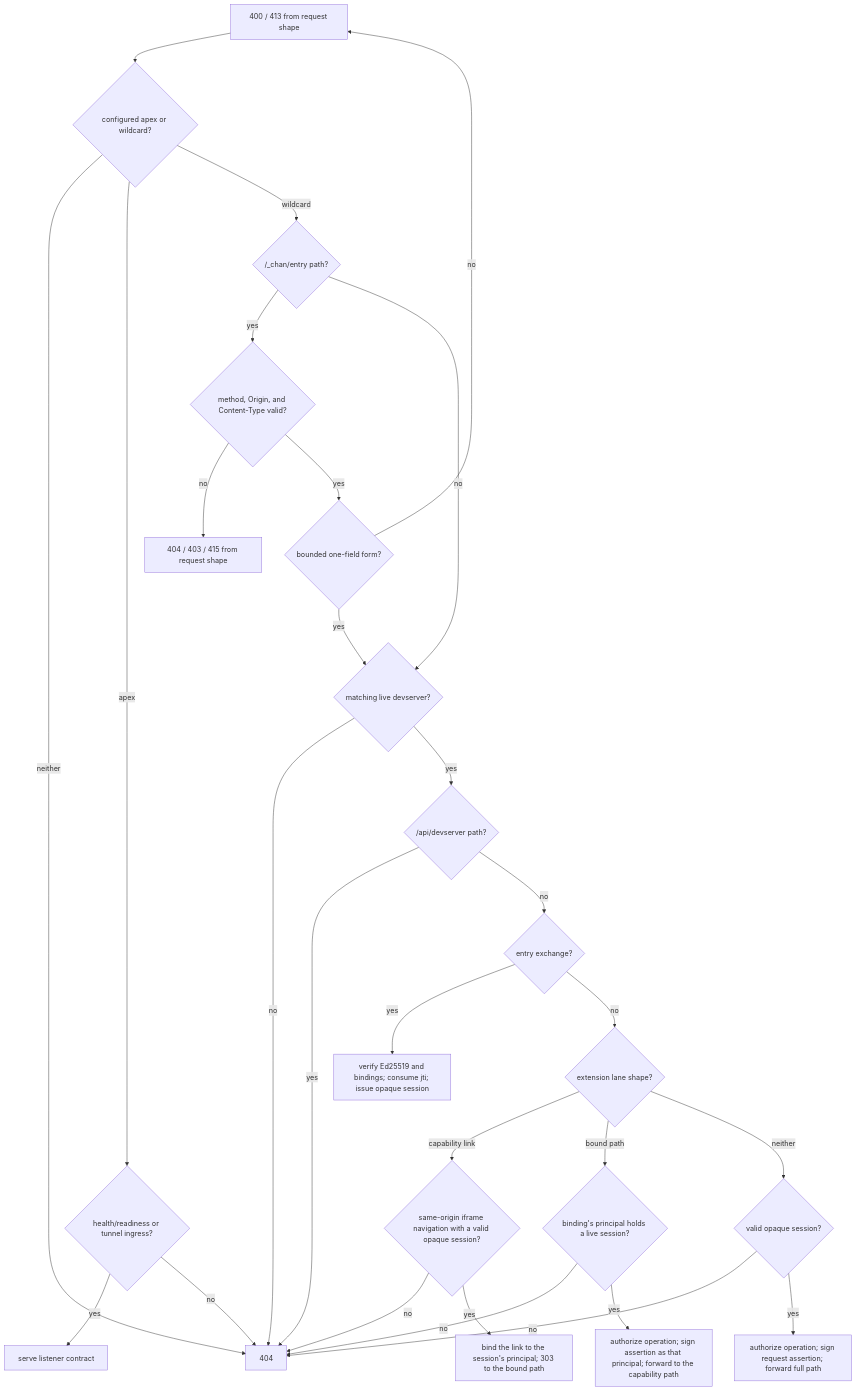
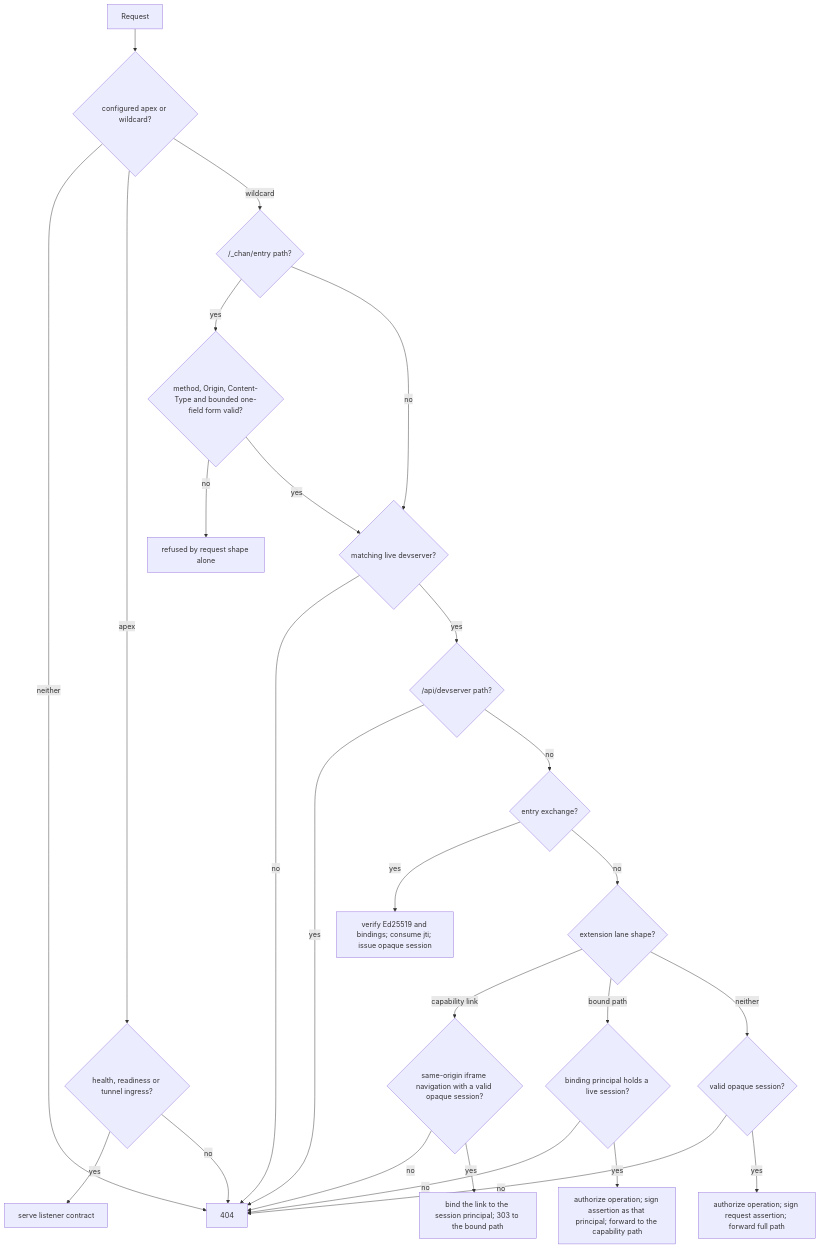
The first of 2 diagrams in gateway/crates/devserver-proxy/design.md (fiorix/chan), drawn with Mermaid before and after one commit. The commit also changed other lines of this file and 19 other files, not shown here.

````diff
--- a/gateway/crates/devserver-proxy/design.md
+++ b/gateway/crates/devserver-proxy/design.md
@@ -35,30 +20,28 @@
 ```mermaid
 flowchart TD
     R[Request] --> H{configured apex or wildcard?}
     H -->|neither| N[404]
-    H -->|apex| A{health/readiness or tunnel ingress?}
+    H -->|apex| A{"health, readiness or tunnel ingress?"}
     A -->|yes| S[serve listener contract]
     A -->|no| N
     H -->|wildcard| E{/_chan/entry path?}
-    E -->|yes| Q{method, Origin, and Content-Type valid?}
-    Q -->|no| F[404 / 403 / 415 from request shape]
-    Q -->|yes| V{bounded one-field form?}
-    V -->|no| R[400 / 413 from request shape]
-    V -->|yes| L{matching live devserver?}
+    E -->|yes| Q{"method, Origin, Content-Type and bounded one-field form valid?"}
+    Q -->|no| F[refused by request shape alone]
+    Q -->|yes| L{matching live devserver?}
     E -->|no| L
     L -->|no| N
     L -->|yes| M{/api/devserver path?}
     M -->|yes| N
     M -->|no| B{entry exchange?}
-    B -->|yes| X[verify Ed25519 and bindings; consume jti; issue opaque session]
+    B -->|yes| X["verify Ed25519 and bindings; consume jti; issue opaque session"]
     B -->|no| K{extension lane shape?}
     K -->|capability link| G{same-origin iframe navigation with a valid opaque session?}
     G -->|no| N
-    G -->|yes| Y[bind the link to the session's principal; 303 to the bound path]
-    K -->|bound path| Z{binding's principal holds a live session?}
+    G -->|yes| Y["bind the link to the session principal; 303 to the bound path"]
+    K -->|bound path| Z{binding principal holds a live session?}
     Z -->|no| N
-    Z -->|yes| W[authorize operation; sign assertion as that principal; forward to the capability path]
+    Z -->|yes| W["authorize operation; sign assertion as that principal; forward to the capability path"]
     K -->|neither| C{valid opaque session?}
     C -->|no| N
-    C -->|yes| P[authorize operation; sign request assertion; forward full path]
+    C -->|yes| P["authorize operation; sign request assertion; forward full path"]
 ```
````
